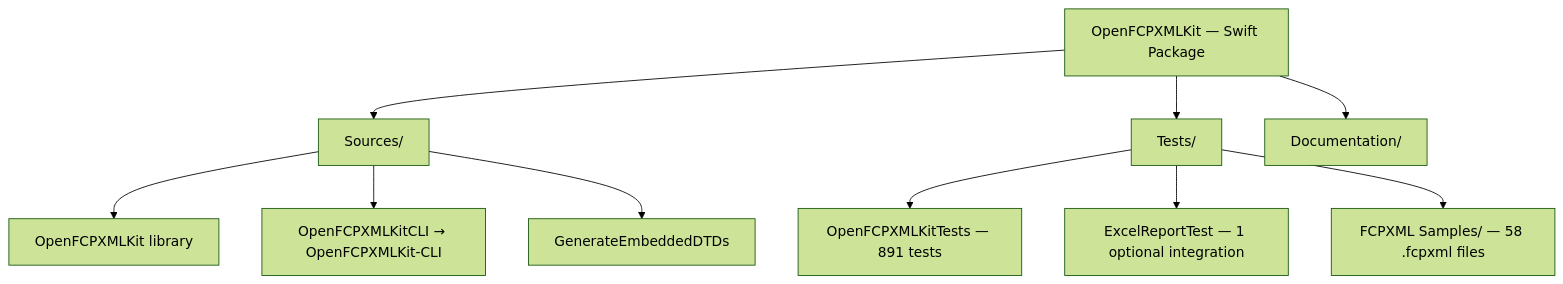
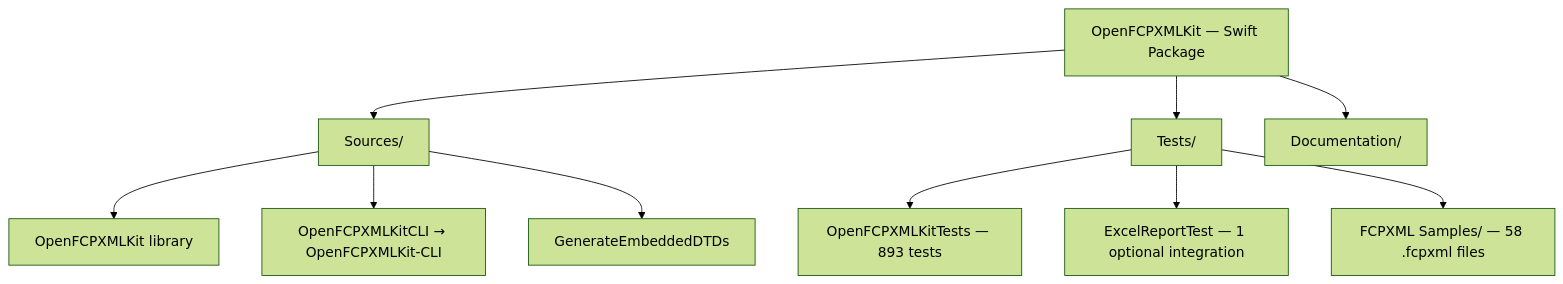
One commit to TheAcharya/OpenFCPXMLKit changed the first of 4 diagrams in ARCHITECTURE.md. Above: the diagram before and after it, drawn with Mermaid (forest theme). The commit also changed other lines of this file and 11 other files, not shown here.

````diff
--- a/ARCHITECTURE.md
+++ b/ARCHITECTURE.md
@@ -144,16 +145,16 @@
 ```mermaid
 flowchart TB
     Pkg["OpenFCPXMLKit — Swift Package"]
 
     Pkg --> SRC["Sources/"]
     Pkg --> TST["Tests/"]
     Pkg --> DOC["Documentation/"]
 
     SRC --> LIB["OpenFCPXMLKit library"]
     SRC --> CLI["OpenFCPXMLKitCLI → OpenFCPXMLKit-CLI"]
     SRC --> GEN["GenerateEmbeddedDTDs"]
 
-    TST --> OKT["OpenFCPXMLKitTests — 891 tests"]
+    TST --> OKT["OpenFCPXMLKitTests — 893 tests"]
     TST --> ERT["ExcelReportTest — 1 optional integration"]
     TST --> SMP["FCPXML Samples/ — 58 .fcpxml files"]
 ```
````
